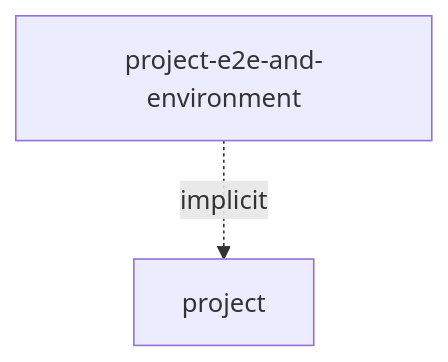
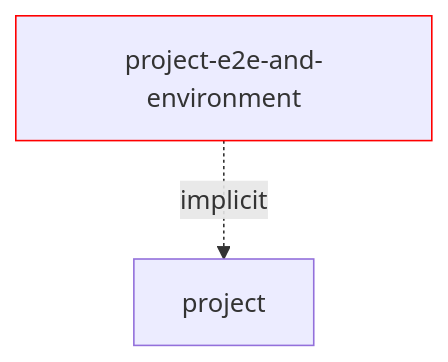
One commit to push-based/nx-verdaccio changed the third of 6 diagrams in README.md. Above: the diagram before and after it, drawn with Mermaid. The commit also changed other lines of this file, not shown here.

Commit message:
docs(build-env): fix diagram color

````diff
--- a/README.md
+++ b/README.md
@@ -73,5 +73,5 @@
 ```mermaid
 flowchart TB
-project-e2e-and-environment:::project-e2e-.implicit.->project:::project;
+project-e2e-and-environment:::project-e2e-and-environment-.implicit.->project:::project;
 classDef project-e2e-and-environment stroke:#f00
 ```
````
